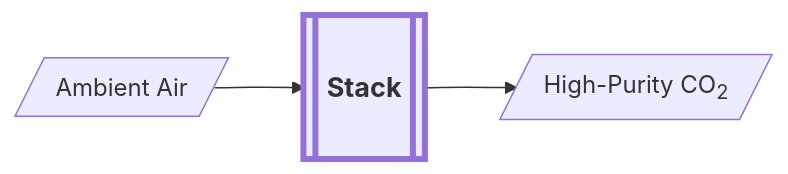
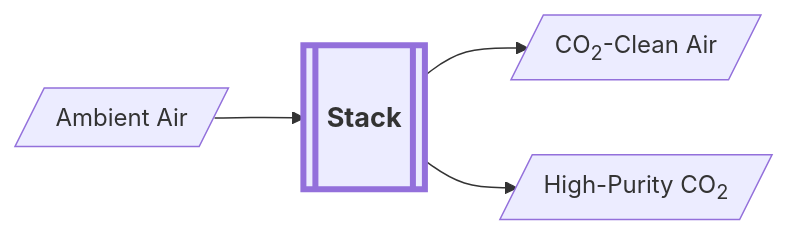
The second of 2 diagrams in content/tech/cdr/dac/_index.md (yuroucelinexiao/ionic-stacks), drawn with Mermaid before and after one commit. The commit also changed other lines of this file and 34 other files, not shown here.

```diff
--- a/content/tech/cdr/dac/_index.md
+++ b/content/tech/cdr/dac/_index.md
@@ -53,17 +56,19 @@
 {{<mermaid >}}
   flowchart LR
 
   %% define the nodes
     Ambient[/"Ambient Air"/]
+    Clean[/"CO<sub>2</sub>-Clean Air"/]
     Stack[["Stack"]]
     Pure[/"High-Purity CO<sub>2</sub>"/]
 
   %% define the flow
     Ambient --> Stack
+    Stack --> Clean
     Stack --> Pure
 
    %% styling
     classDef StackStyle padding:25px 50px,stroke-width:4px,font-weight:bold,font-size:18px;
     class Stack StackStyle
 
 {{</mermaid >}}
```
